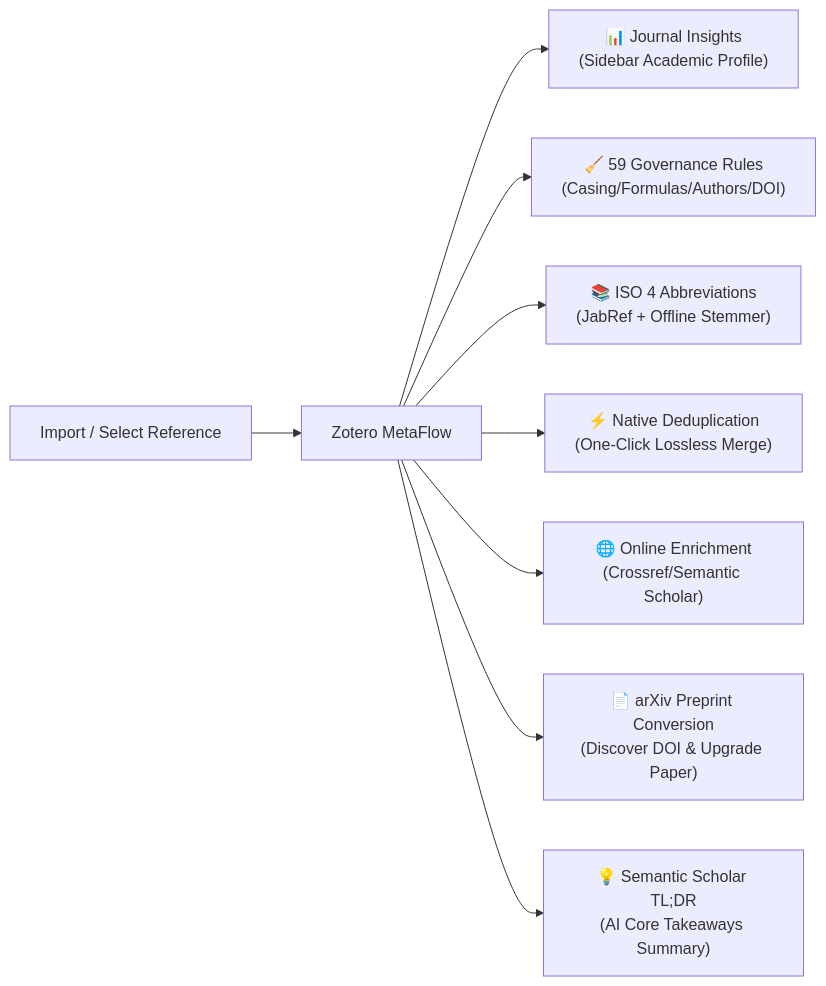
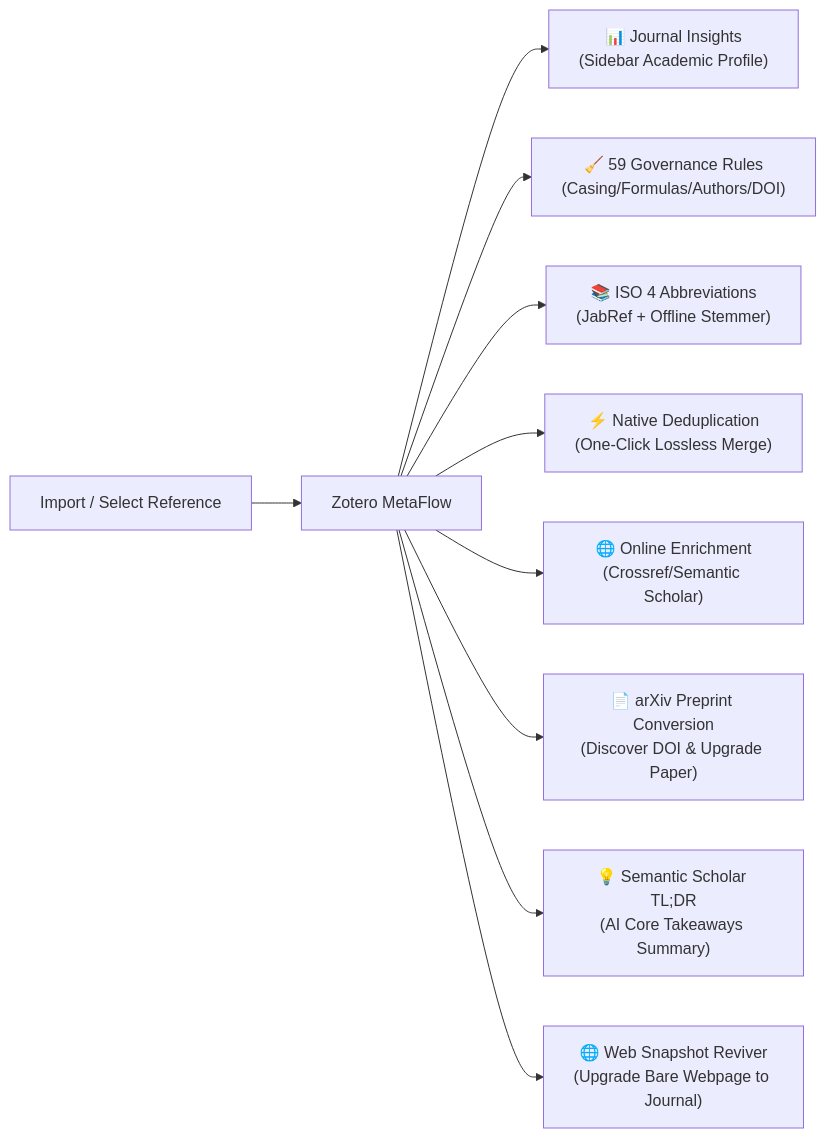
Before and after one commit to groele/MetaRef-for-Zotero: the diagram in README.en.md, drawn with Mermaid. The commit also changed other lines of this file and 28 other files, not shown here.

Commit message:
feat(review): integrate web snapshot and blog reviver into update metadata

````diff
--- a/README.en.md
+++ b/README.en.md
@@ -33,11 +33,12 @@
 ```mermaid
 graph LR
     A["Import / Select Reference"] --> B["Zotero MetaFlow"]
     B --> C["📊 Journal Insights<br/>(Sidebar Academic Profile)"]
     B --> D["🧹 59 Governance Rules<br/>(Casing/Formulas/Authors/DOI)"]
     B --> E["📚 ISO 4 Abbreviations<br/>(JabRef + Offline Stemmer)"]
     B --> F["⚡ Native Deduplication<br/>(One-Click Lossless Merge)"]
     B --> G["🌐 Online Enrichment<br/>(Crossref/Semantic Scholar)"]
     B --> H["📄 arXiv Preprint Conversion<br/>(Discover DOI & Upgrade Paper)"]
     B --> I["💡 Semantic Scholar TL;DR<br/>(AI Core Takeaways Summary)"]
+    B --> J["🌐 Web Snapshot Reviver<br/>(Upgrade Bare Webpage to Journal)"]
 ```
````
